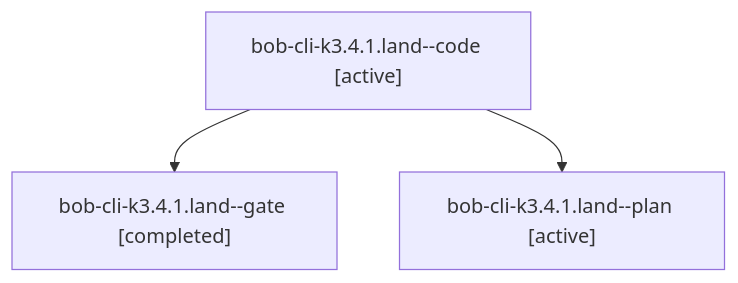
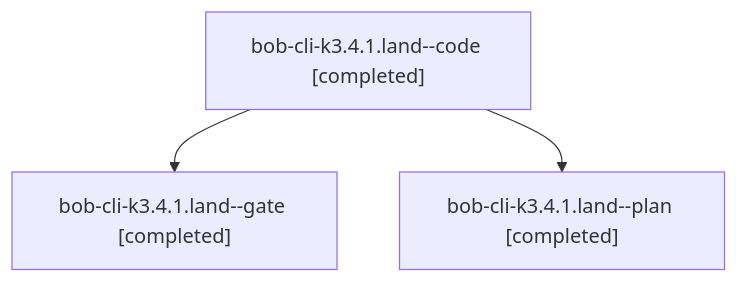
Before and after one commit to bobs-org/bob-cli--agents: the diagram in sessions/bbugyi200.athena.bob-cli-k3.4.1.land.md, drawn with Mermaid. The commit also changed other lines of this file and 50 other files, not shown here.

````diff
--- a/sessions/bbugyi200.athena.bob-cli-k3.4.1.land.md
+++ b/sessions/bbugyi200.athena.bob-cli-k3.4.1.land.md
@@ -9,8 +9,8 @@
 ```mermaid
 flowchart TD
-  n0["bob-cli-k3.4.1.land--code [active]"]
+  n0["bob-cli-k3.4.1.land--code [completed]"]
   n1["bob-cli-k3.4.1.land--gate [completed]"]
   n0 --> n1
-  n2["bob-cli-k3.4.1.land--plan [active]"]
+  n2["bob-cli-k3.4.1.land--plan [completed]"]
   n0 --> n2
 ```
````
